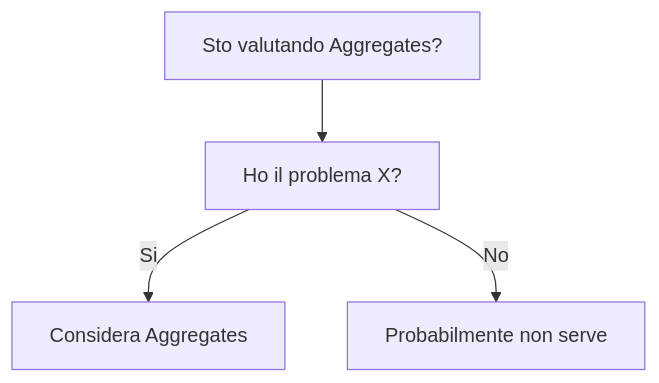
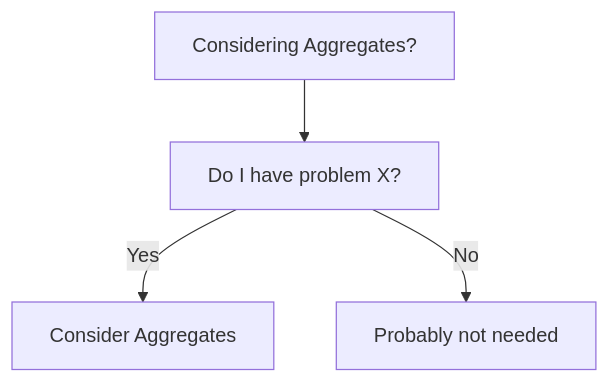
The diagram in dev-wiki/20_DDD/Aggregates/When_To_Use.md (HxT9/Software-Dev-Wiki), drawn with Mermaid before and after one commit. The commit also changed other lines of this file and 3444 other files, not shown here.

````diff
--- a/dev-wiki/20_DDD/Aggregates/When_To_Use.md
+++ b/dev-wiki/20_DDD/Aggregates/When_To_Use.md
@@ -19,6 +19,6 @@
 ```mermaid
 flowchart TD
-  Q[Sto valutando Aggregates?] --> Q1[Ho il problema X?]
-  Q1 -->|Si| OK[Considera Aggregates]
-  Q1 -->|No| NO[Probabilmente non serve]
+  Q[Considering Aggregates?] --> Q1[Do I have problem X?]
+  Q1 -->|Yes| OK[Consider Aggregates]
+  Q1 -->|No| NO[Probably not needed]
 ```
````
